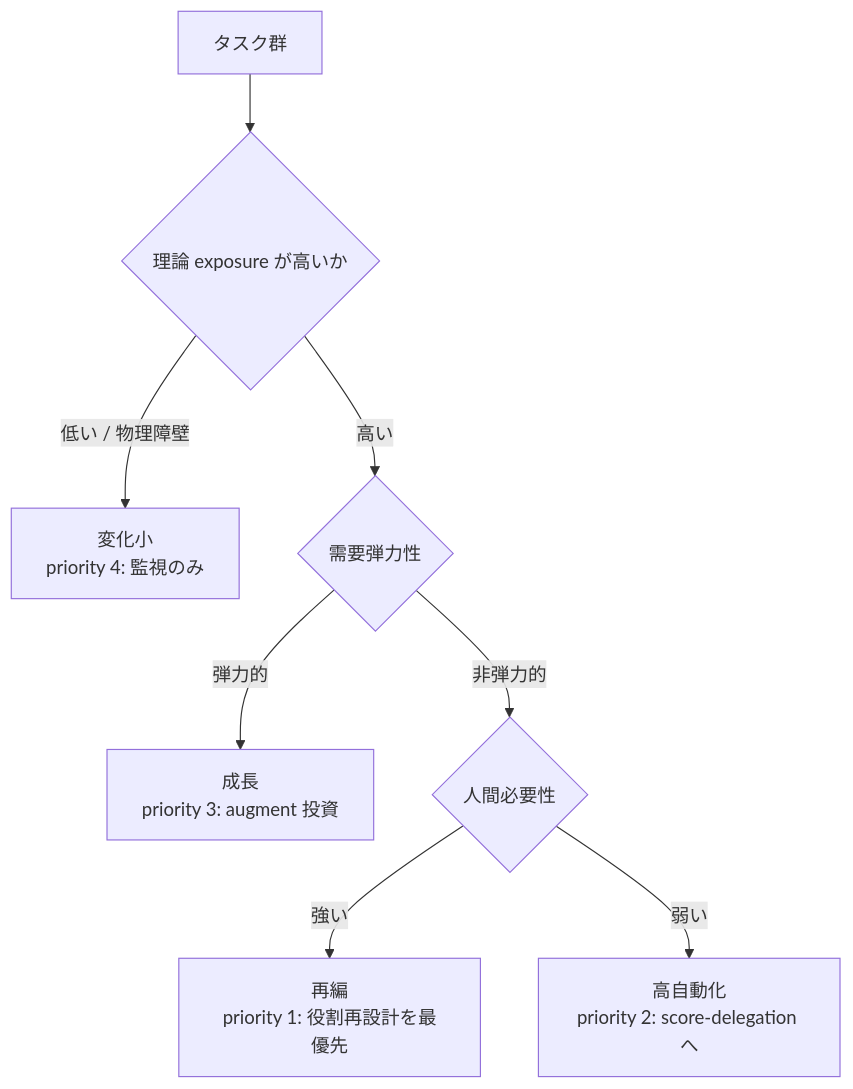
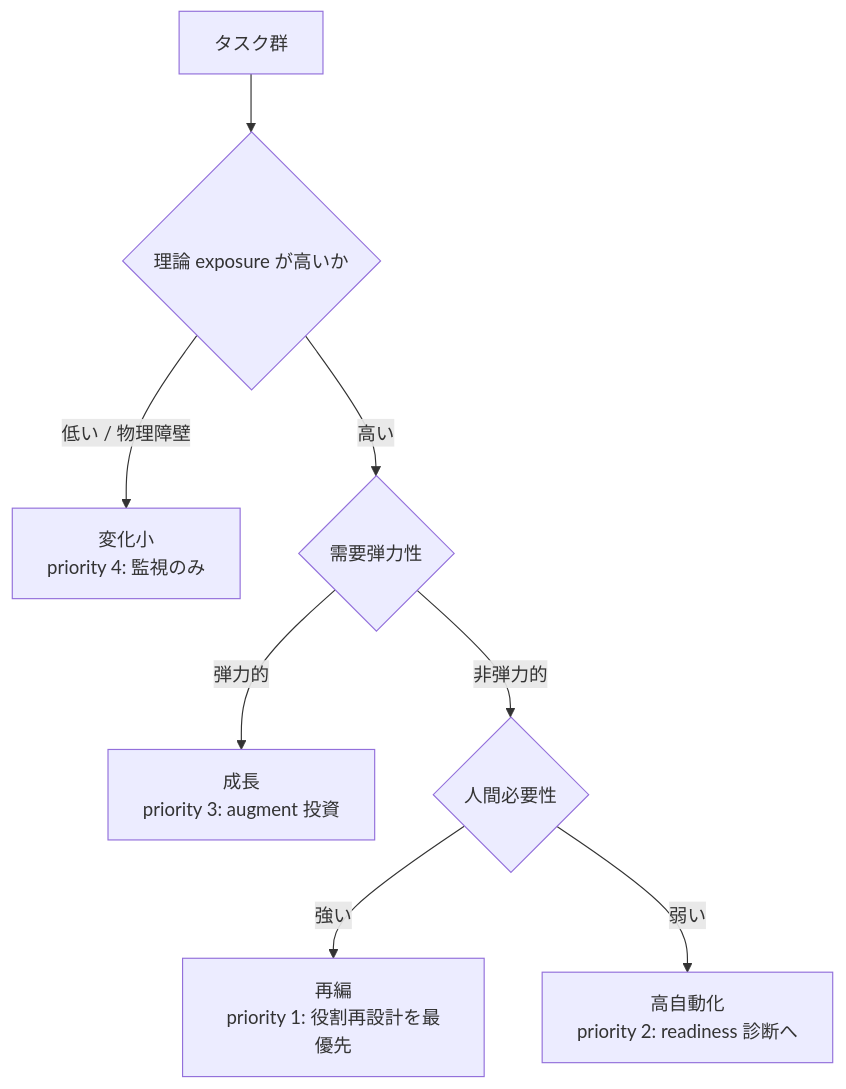
The first of 3 diagrams in docs/09_transition_screening.md (suwa-sh/ai-delegation-readiness), drawn with Mermaid before and after one commit. The commit also changed other lines of this file and 1 other file, not shown here.

````diff
--- a/docs/09_transition_screening.md
+++ b/docs/09_transition_screening.md
@@ -63,10 +96,10 @@
 ```mermaid
 flowchart TD
     start["タスク群"] --> exp{"理論 exposure が高いか"}
     exp -->|"低い / 物理障壁"| minimal["変化小<br/>priority 4: 監視のみ"]
     exp -->|"高い"| elastic{"需要弾力性"}
     elastic -->|"弾力的"| growth["成長<br/>priority 3: augment 投資"]
     elastic -->|"非弾力的"| human{"人間必要性"}
     human -->|"強い"| reorg["再編<br/>priority 1: 役割再設計を最優先"]
-    human -->|"弱い"| auto["高自動化<br/>priority 2: score-delegation へ"]
+    human -->|"弱い"| auto["高自動化<br/>priority 2: readiness 診断へ"]
 ```
````
